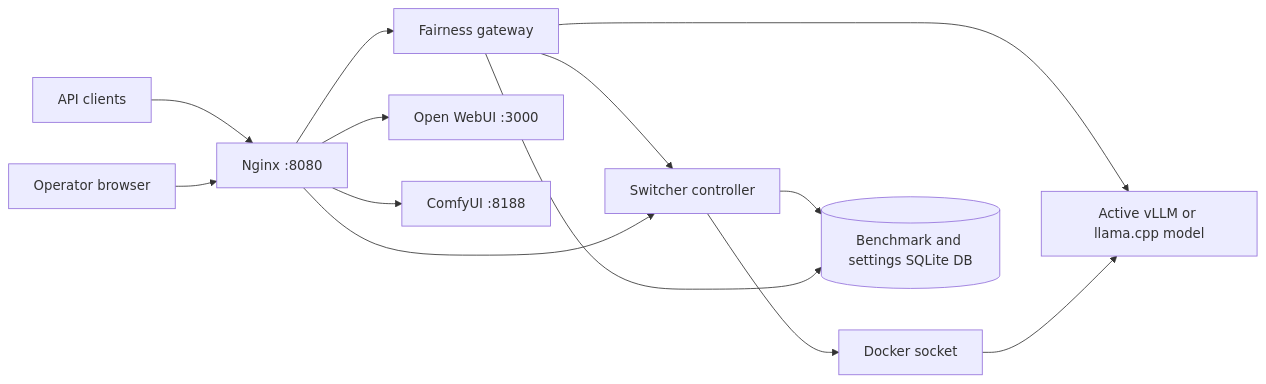
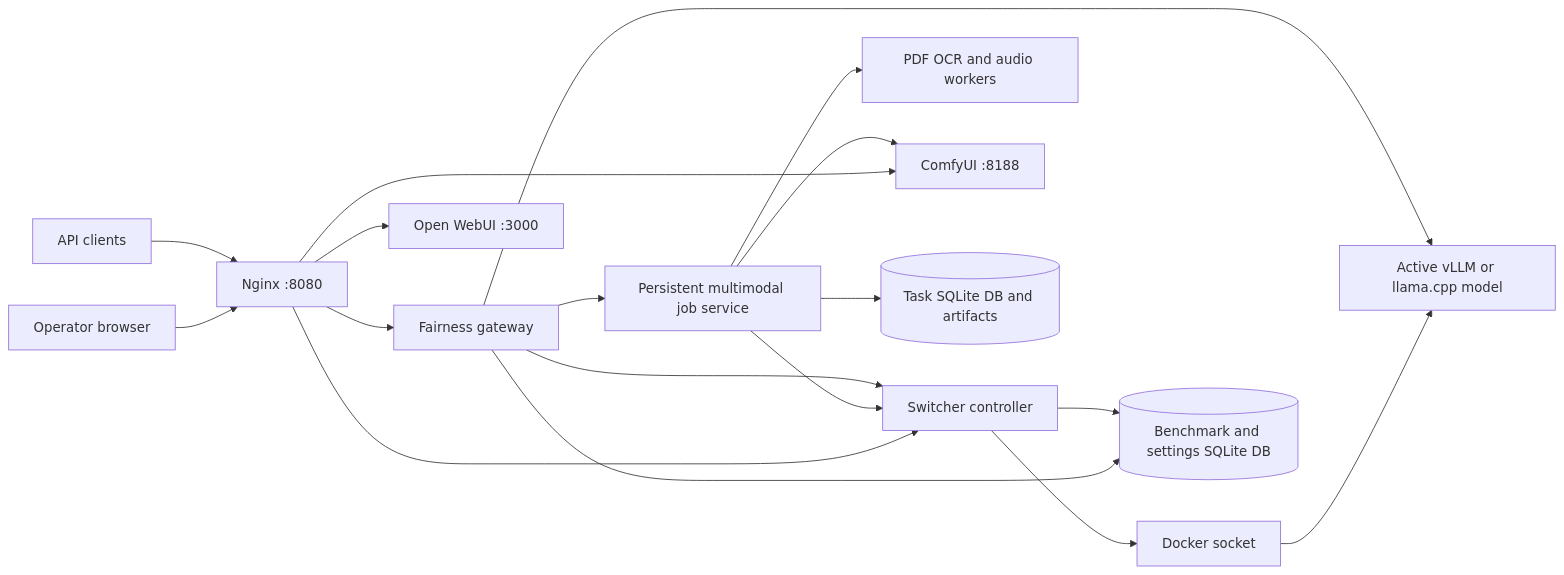
The diagram in docs/ARCHITECTURE.md (kanebrands/ai-model-switcher), drawn with Mermaid before and after one commit. The commit also changed other lines of this file and 17 other files, not shown here.

Commit message:
Add persistent multimodal jobs and task profiles

````diff
--- a/docs/ARCHITECTURE.md
+++ b/docs/ARCHITECTURE.md
@@ -3,15 +3,20 @@
 ```mermaid
 flowchart LR
     Agent[API clients] --> Nginx[Nginx :8080]
     Browser[Operator browser] --> Nginx
     Nginx --> Gateway[Fairness gateway]
     Gateway --> Controller[Switcher controller]
     Gateway --> Engine[Active vLLM or llama.cpp model]
+    Gateway --> Jobs[Persistent multimodal job service]
+    Jobs --> CPU[PDF OCR and audio workers]
+    Jobs --> ComfyUI
+    Jobs --> Controller
     Controller --> Docker[Docker socket]
     Docker --> Engine
     Nginx --> WebUI[Open WebUI :3000]
     Nginx --> Controller
     Nginx --> ComfyUI[ComfyUI :8188]
     Controller --> Database[(Benchmark and settings SQLite DB)]
     Gateway --> Database
+    Jobs --> JobDB[(Task SQLite DB and artifacts)]
 ```
````
